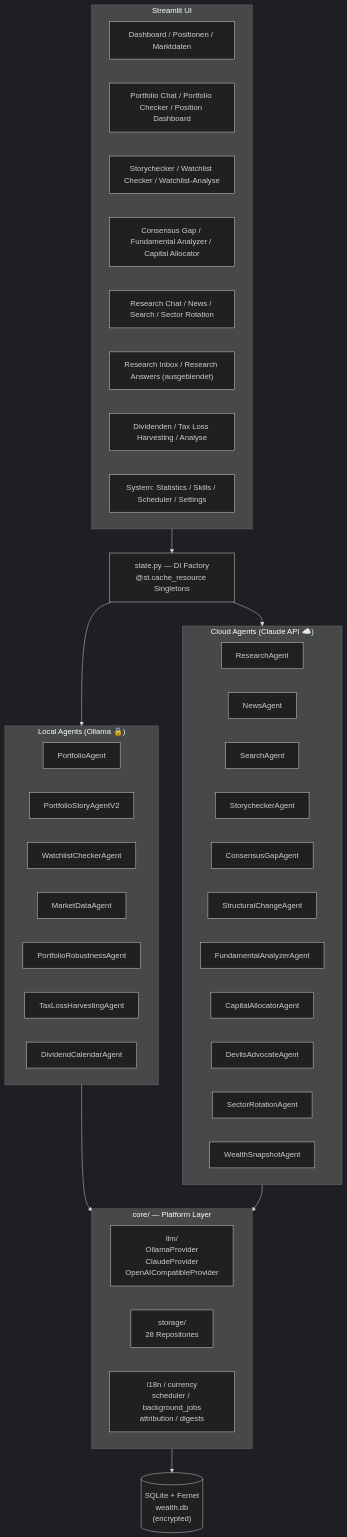
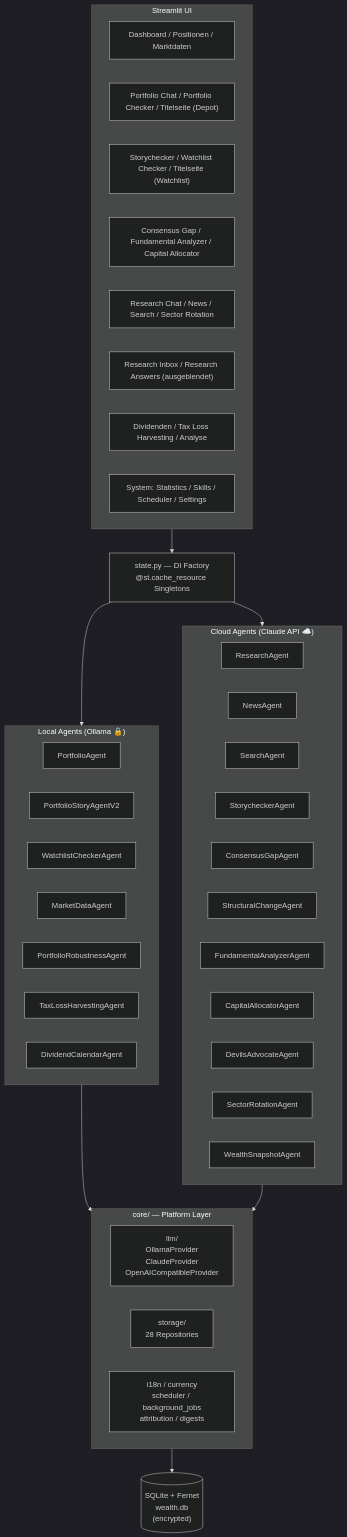
One commit to esc1899/wealth_management changed the first of 3 diagrams in ARCHITECTURE.md. Above: the diagram before and after it, drawn with Mermaid (dark theme). The commit also changed other lines of this file and 14 other files, not shown here.

First line of the commit message:
Titelseite statt Positions- und Watchlist-Analyse

````diff
--- a/ARCHITECTURE.md
+++ b/ARCHITECTURE.md
@@ -5,54 +5,54 @@
 ```mermaid
 graph TD
     subgraph UI["Streamlit UI"]
         PG1["Dashboard / Positionen / Marktdaten"]
-        PG2["Portfolio Chat / Portfolio Checker / Position Dashboard"]
-        PG3["Storychecker / Watchlist Checker / Watchlist-Analyse"]
+        PG2["Portfolio Chat / Portfolio Checker / Titelseite (Depot)"]
+        PG3["Storychecker / Watchlist Checker / Titelseite (Watchlist)"]
         PG4["Consensus Gap / Fundamental Analyzer / Capital Allocator"]
         PG5["Research Chat / News / Search / Sector Rotation"]
         PG6["Research Inbox / Research Answers (ausgeblendet)"]
         PG7["Dividenden / Tax Loss Harvesting / Analyse"]
         PG8["System: Statistics / Skills / Scheduler / Settings"]
     end
 
     state["state.py — DI Factory<br/>@st.cache_resource Singletons"]
 
     subgraph Local["Local Agents (Ollama 🔒)"]
         PA["PortfolioAgent"]
         PSA["PortfolioStoryAgentV2"]
         WCA["WatchlistCheckerAgent"]
         MDA["MarketDataAgent"]
         PRA["PortfolioRobustnessAgent"]
         TLH["TaxLossHarvestingAgent"]
         DCA["DividendCalendarAgent"]
     end
 
     subgraph Cloud["Cloud Agents (Claude API ☁️)"]
         RA["ResearchAgent"]
         NA["NewsAgent"]
         SA["SearchAgent"]
         SCA["StorycheckerAgent"]
         CGA["ConsensusGapAgent"]
         STA["StructuralChangeAgent"]
         FAA["FundamentalAnalyzerAgent"]
         CAA["CapitalAllocatorAgent"]
         DAA["DevilsAdvocateAgent"]
         SRA["SectorRotationAgent"]
         WSA["WealthSnapshotAgent"]
     end
 
     subgraph Core["core/ — Platform Layer"]
         LLM["llm/<br/>OllamaProvider<br/>ClaudeProvider<br/>OpenAICompatibleProvider"]
         STOR["storage/<br/>28 Repositories"]
         UTIL["i18n / currency<br/>scheduler / background_jobs<br/>attribution / digests"]
     end
 
     DB[("SQLite + Fernet<br/>wealth.db<br/>(encrypted)")]
 
     UI --> state
     state --> Local
     state --> Cloud
     Local --> Core
     Cloud --> Core
     Core --> DB
 ```
````
